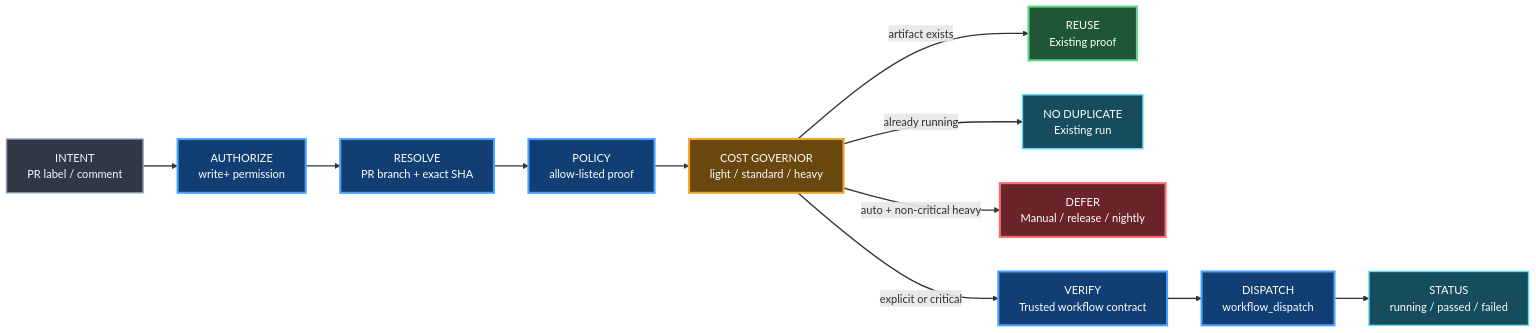
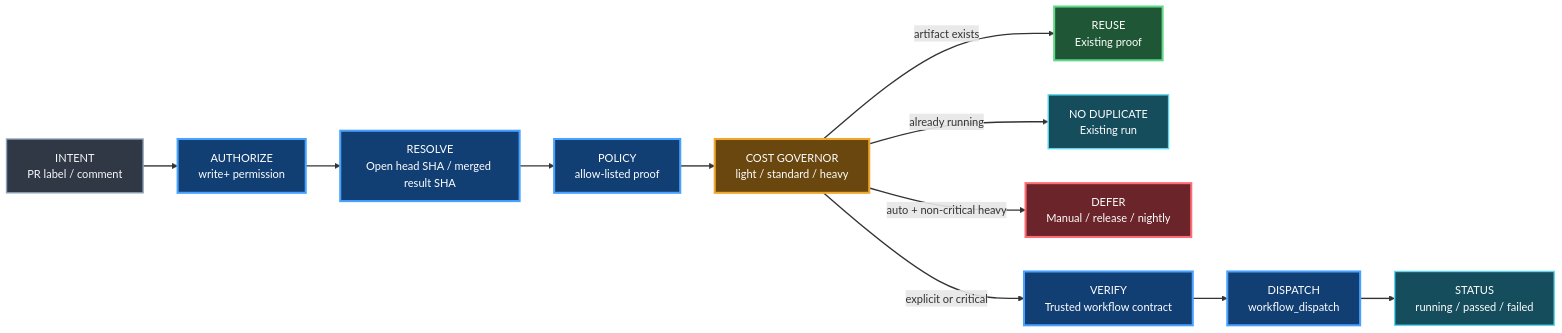
The diagram in docs/PROOF_BROKER.md (karnalooch/engineering-platform), drawn with Mermaid before and after one commit. The commit also changed other lines of this file and 2 other files, not shown here.

First line of the commit message:
fix(proof-broker): support explicit post-merge exact-SHA proofs (#36)

````diff
--- a/docs/PROOF_BROKER.md
+++ b/docs/PROOF_BROKER.md
@@ -21,32 +21,32 @@
 ```mermaid
 flowchart LR
     INTENT["INTENT<br/>PR label / comment"] --> AUTH["AUTHORIZE<br/>write+ permission"]
-    AUTH --> PR["RESOLVE<br/>PR branch + exact SHA"]
+    AUTH --> PR["RESOLVE<br/>Open head SHA / merged result SHA"]
     PR --> POLICY["POLICY<br/>allow-listed proof"]
     POLICY --> COST["COST GOVERNOR<br/>light / standard / heavy"]
 
     COST -->|"artifact exists"| REUSE["REUSE<br/>Existing proof"]
     COST -->|"already running"| RUNNING["NO DUPLICATE<br/>Existing run"]
     COST -->|"auto + non-critical heavy"| DEFER["DEFER<br/>Manual / release / nightly"]
     COST -->|"explicit or critical"| CONTRACT["VERIFY<br/>Trusted workflow contract"]
 
     CONTRACT --> DISPATCH["DISPATCH<br/>workflow_dispatch"]
     DISPATCH --> STATUS["STATUS<br/>running / passed / failed"]
 
     classDef input fill:#303846,stroke:#8ea1b8,color:#f7f9fc,stroke-width:2px;
     classDef exec fill:#123f73,stroke:#49a2ff,color:#ffffff,stroke-width:3px;
     classDef tool fill:#4b2f69,stroke:#b77cff,color:#ffffff,stroke-width:2px;
     classDef decision fill:#69470e,stroke:#f0a72f,color:#ffffff,stroke-width:3px;
     classDef success fill:#1f5736,stroke:#63d889,color:#ffffff,stroke-width:3px;
     classDef danger fill:#6b2429,stroke:#ff6b73,color:#ffffff,stroke-width:3px;
     classDef evidence fill:#164d5c,stroke:#5bd6ef,color:#ffffff,stroke-width:2px;
 
     class INTENT input;
     class AUTH,PR,POLICY,CONTRACT,DISPATCH exec;
     class COST decision;
     class REUSE success;
     class RUNNING,STATUS evidence;
     class DEFER danger;
 
     linkStyle default stroke-width:2px;
 ```
````
